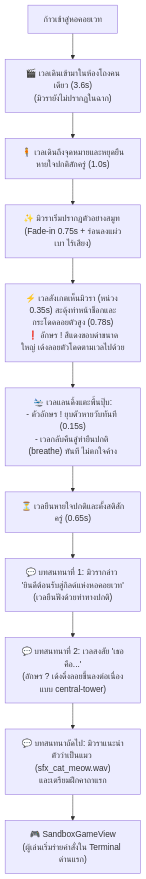
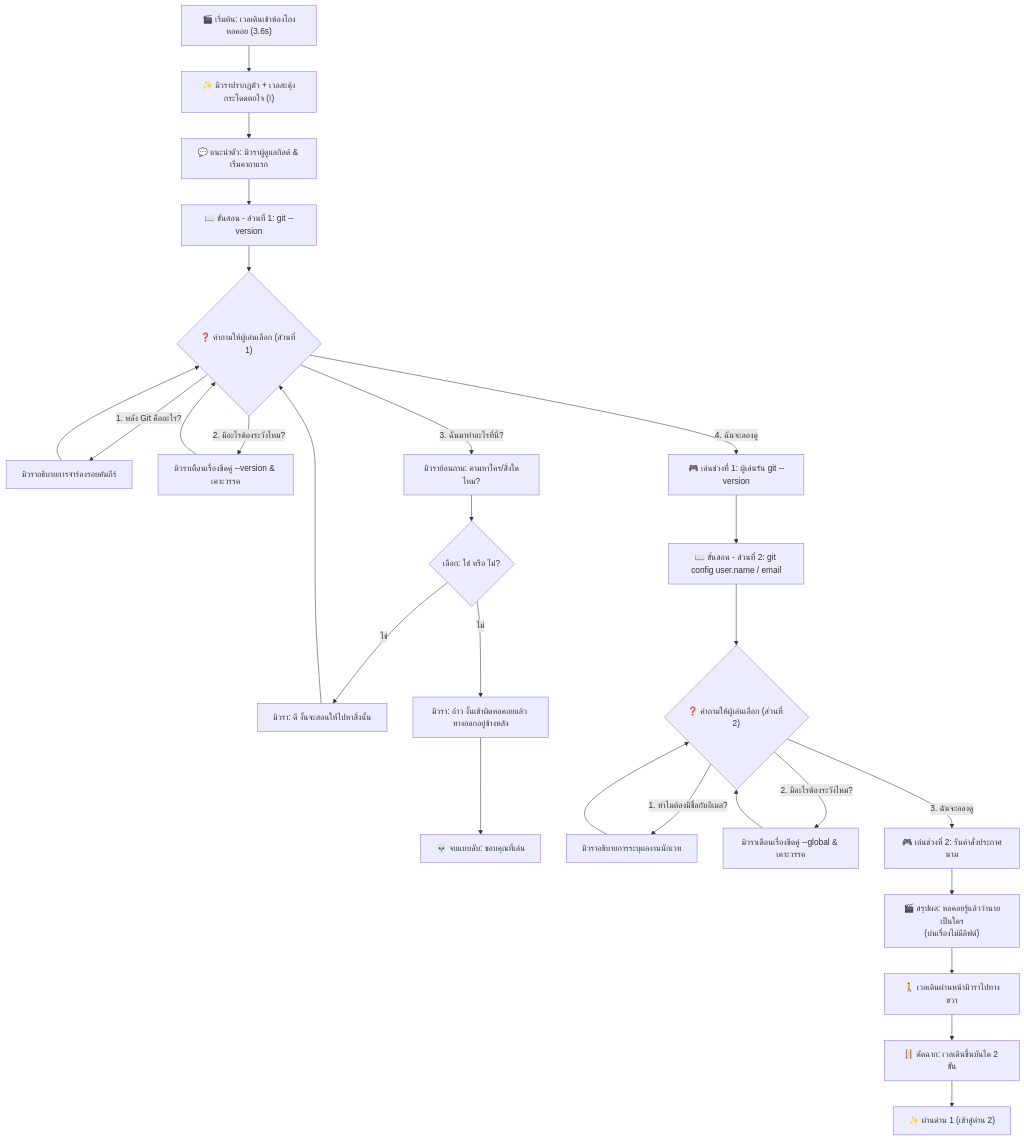
Before and after one commit to PetchAuisui/Demo-Game-Git-Diwaa: the diagram in docs/inside-tower-cutscene.md, drawn with Mermaid. The commit also changed other lines of this file and 1 other file, not shown here.

````diff
--- a/docs/inside-tower-cutscene.md
+++ b/docs/inside-tower-cutscene.md
@@ -11,13 +9,29 @@
 ```mermaid
 flowchart TD
-    A["ก้าวเข้าสู่หอคอยเวท"] --> B["🎬 เวลเดินเข้ามาในห้องโถงคนเดียว (3.6s)\n(มิวรายังไม่ปรากฏในฉาก)"]
-    B --> C["🧍 เวลเดินถึงจุดหมายและหยุดยืนหายใจปกติสักครู่ (1.0s)"]
-    C --> D["✨ มิวราเริ่มปรากฏตัวอย่างสมูท (Fade-in 0.75s + ร่อนลงแผ่วเบา ไร้เสียง)"]
-    D --> E["⚡ เวลสังเกตเห็นมิวรา (หน่วง 0.35s) สะดุ้งทำหน้าช็อกและกระโดดลอยตัวสูง (0.78s)\n❗ อักษร ! สีแดงขอบดำขนาดใหญ่ เด้งลอยตัวโดดตามเวลไปด้วย"]
-    E --> F["🛬 เวลแลนดิ้งแตะพื้นปุ๊บ:\n- ตัวอักษร ! ยุบตัวหายวับทันที (0.15s)\n- เวลกลับคืนสู่ท่ายืนปกติ (breathe) ทันที ไม่ตกใจค้าง"]
-    F --> G["⏳ เวลยืนหายใจปกติและตั้งสติสักครู่ (0.65s)"]
-    G --> H["💬 บทสนทนาที่ 1: มิวรากล่าว 'ยินดีต้อนรับสู่กิลด์แห่งหอคอยเวท'\n(เวลยืนฟังด้วยท่าทางปกติ)"]
-    H --> I["💬 บทสนทนาที่ 2: เวลสงสัย 'เธอคือ...'\n(อักษร ? เด้งดึ๋งลอยขึ้นลงต่อเนื่องแบบ central-tower)"]
-    I --> J["💬 บทสนทนาถัดไป: มิวราแนะนำตัวว่าเป็นแมว (sfx_cat_meow.wav)\nและเตรียมฝึกคาถาแรก"]
-    J --> K["🎮 SandboxGameView\n(ผู้เล่นเริ่มร่ายคำสั่งใน Terminal ด่านแรก)"]
+    Start["🎬 เริ่มต้น: เวลเดินเข้าห้องโถงหอคอย (3.6s)"] --> MewlaWarp["✨ มิวราปรากฏตัว + เวลสะดุ้งกระโดดตกใจ (!)"]
+    MewlaWarp --> IntroTalk["💬 แนะนำตัว: มิวราผู้ดูแลกิลด์ & เริ่มคาถาแรก"]
+    
+    IntroTalk --> Teach1["📖 ขั้นสอน - ส่วนที่ 1: git --version"]
+    Teach1 --> Choice1{"❓ คำถามให้ผู้เล่นเลือก (ส่วนที่ 1)"}
+    
+    Choice1 -->|"1. พลัง Git คืออะไร?"| Ans1_1["มิวราอธิบายการจำร่องรอยคัมภีร์"] --> Choice1
+    Choice1 -->|"2. มีอะไรต้องระวังไหม?"| Ans1_2["มิวราเตือนเรื่องขีดคู่ --version & เคาะวรรค"] --> Choice1
+    Choice1 -->|"3. ฉันมาทำอะไรที่นี่?"| Ans1_3["มิวราย้อนถาม: ตามหาใคร/สิ่งใดไหม?"]
+    Ans1_3 --> SubChoice{"เลือก: ใช่ หรือ ไม่?"}
+    SubChoice -->|"ใช่"| AnsSubYes["มิวรา: ดี งั้นจะสอนให้ไปหาสิ่งนั้น"] --> Choice1
+    SubChoice -->|"ไม่"| AnsSubNo["มิวรา: อ้าว งั้นเข้าผิดหอคอยแล้ว ทางออกอยู่ข้างหลัง"] --> BadEnd["💀 จบแบบลับ: ขอบคุณที่เล่น"]
+    
+    Choice1 -->|"4. ฉันจะลองดู"| Gameplay1["🎮 เล่นช่วงที่ 1: ผู้เล่นรัน git --version"]
+    
+    Gameplay1 --> Teach2["📖 ขั้นสอน - ส่วนที่ 2: git config user.name / email"]
+    Teach2 --> Choice2{"❓ คำถามให้ผู้เล่นเลือก (ส่วนที่ 2)"}
+    
+    Choice2 -->|"1. ทำไมต้องมีชื่อกับอีเมล?"| Ans2_1["มิวราอธิบายการระบุผลงานนักเวท"] --> Choice2
+    Choice2 -->|"2. มีอะไรต้องระวังไหม?"| Ans2_2["มิวราเตือนเรื่องขีดคู่ --global & เคาะวรรค"] --> Choice2
+    Choice2 -->|"3. ฉันจะลองดู"| Gameplay2["🎮 เล่นช่วงที่ 2: รันคำสั่งประกาศนาม"]
+    
+    Gameplay2 --> Outro["🎬 สรุปผล: หอคอยรู้แล้วว่านายเป็นใคร\n(บ่นเรื่องไม่มีลิฟต์)"]
+    Outro --> WalkPast["🚶 เวลเดินผ่านหน้ามิวราไปทางขวา"]
+    WalkPast --> Stairs["🪜 ตัดฉาก: เวลเดินขึ้นบันได 2 ขั้น"]
+    Stairs --> NextLevel["✨ ผ่านด่าน 1 (เข้าสู่ด่าน 2)"]
 ```
````
